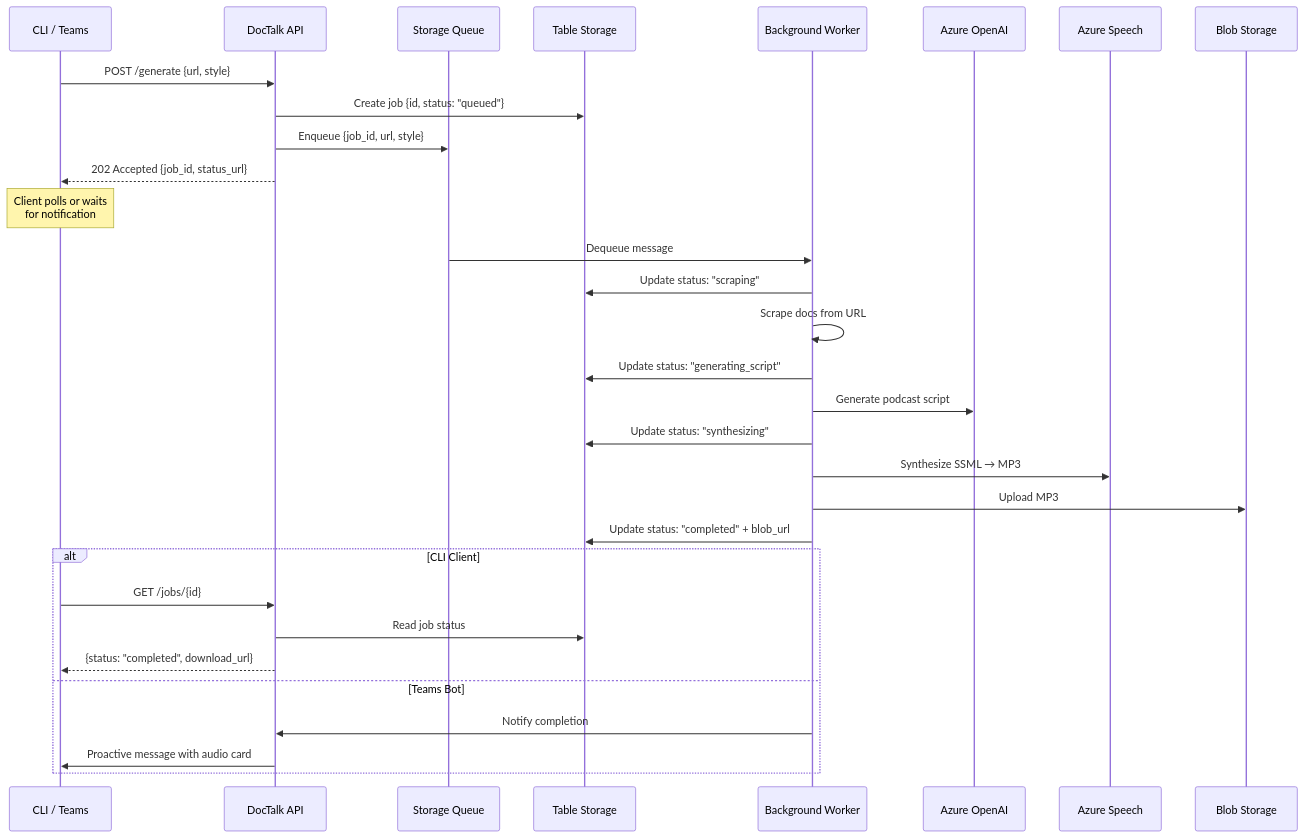
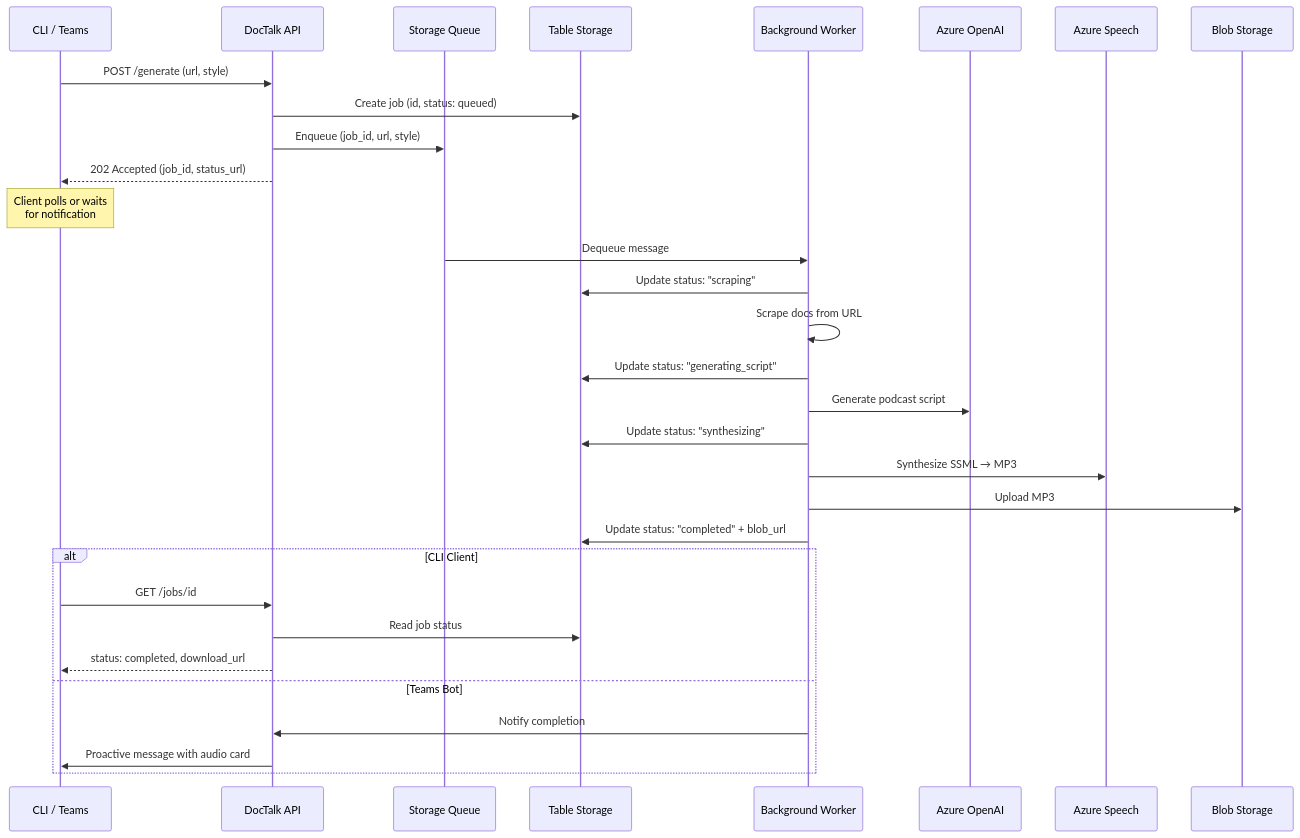
Before and after one commit to rjayapra/DocTalk: the second of 4 diagrams in ARCHITECTURE.md, drawn with Mermaid. The commit also changed other lines of this file, not shown here.

````diff
--- a/ARCHITECTURE.md
+++ b/ARCHITECTURE.md
@@ -77,37 +77,37 @@
 ```mermaid
 sequenceDiagram
     participant Client as CLI / Teams
     participant API as DocTalk API
     participant Queue as Storage Queue
     participant Table as Table Storage
     participant Worker as Background Worker
     participant OAI as Azure OpenAI
     participant Speech as Azure Speech
     participant Blob as Blob Storage
 
-    Client->>API: POST /generate {url, style}
-    API->>Table: Create job {id, status: "queued"}
-    API->>Queue: Enqueue {job_id, url, style}
-    API-->>Client: 202 Accepted {job_id, status_url}
+    Client->>API: POST /generate (url, style)
+    API->>Table: Create job (id, status: queued)
+    API->>Queue: Enqueue (job_id, url, style)
+    API-->>Client: 202 Accepted (job_id, status_url)
 
     Note over Client: Client polls or waits<br/>for notification
 
     Queue->>Worker: Dequeue message
     Worker->>Table: Update status: "scraping"
     Worker->>Worker: Scrape docs from URL
     Worker->>Table: Update status: "generating_script"
     Worker->>OAI: Generate podcast script
     Worker->>Table: Update status: "synthesizing"
     Worker->>Speech: Synthesize SSML → MP3
     Worker->>Blob: Upload MP3
     Worker->>Table: Update status: "completed" + blob_url
 
     alt CLI Client
-        Client->>API: GET /jobs/{id}
+        Client->>API: GET /jobs/id
         API->>Table: Read job status
-        API-->>Client: {status: "completed", download_url}
+        API-->>Client: status: completed, download_url
     else Teams Bot
         Worker->>API: Notify completion
         API->>Client: Proactive message with audio card
     end
 ```
````
